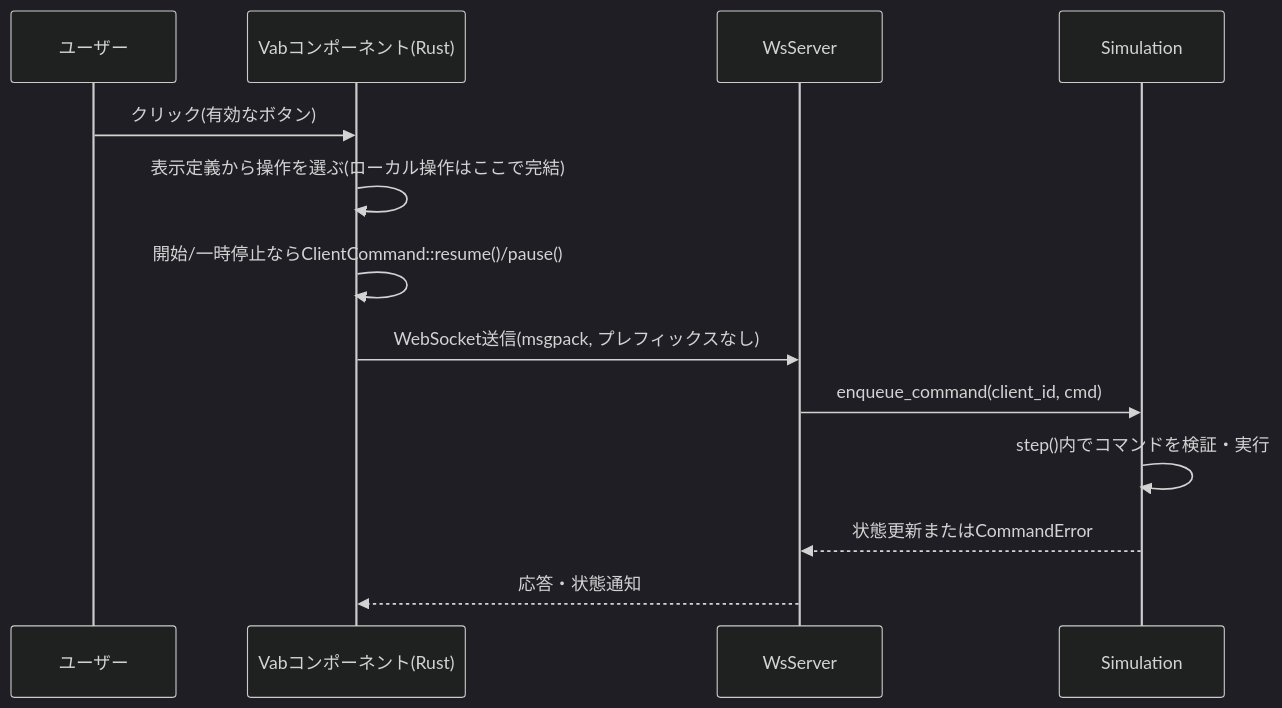
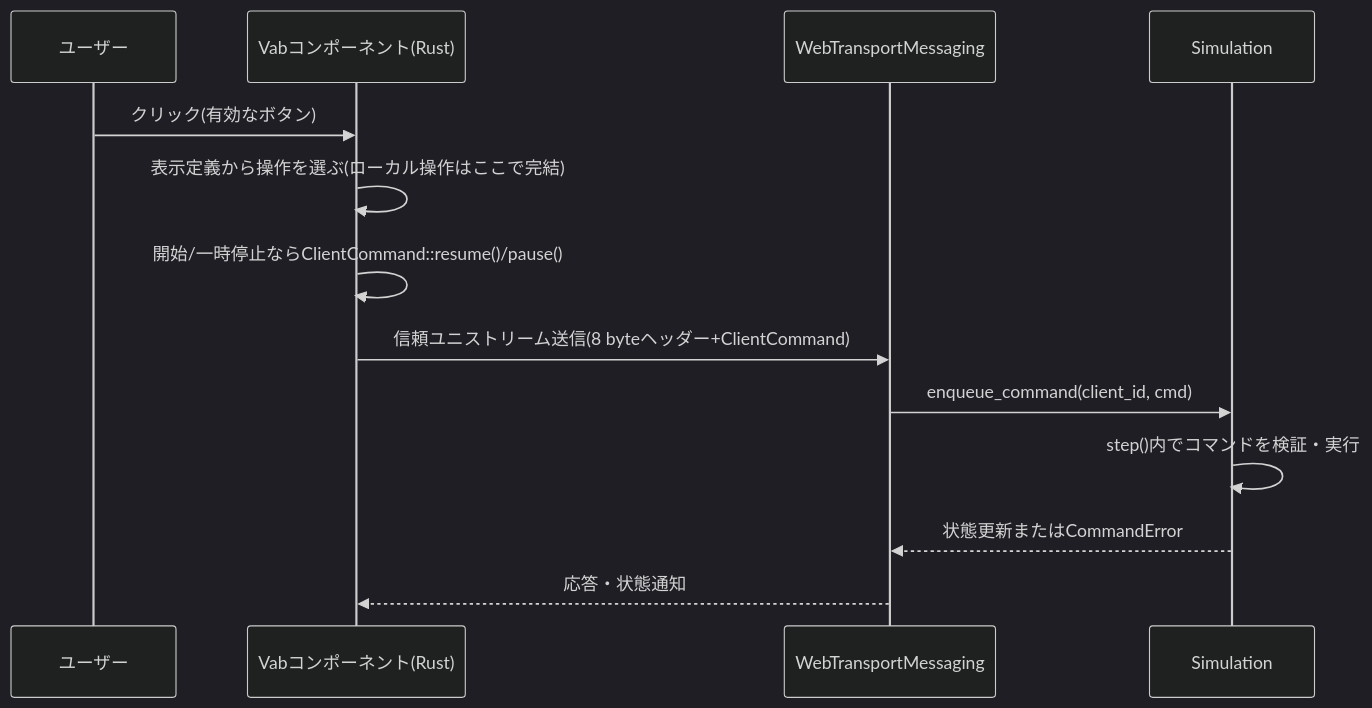
One commit to ham1a6/SimulationView changed the fifth of 11 diagrams in sample/docs/DETAILED_DESIGN.md. Above: the diagram before and after it, drawn with Mermaid (dark theme). The commit also changed other lines of this file and 25 other files, not shown here.

````diff
--- a/sample/docs/DETAILED_DESIGN.md
+++ b/sample/docs/DETAILED_DESIGN.md
@@ -316,16 +309,16 @@
 ```mermaid
 sequenceDiagram
     participant U as ユーザー
     participant V as Vabコンポーネント(Rust)
-    participant WS as WsServer
+    participant WT as WebTransportMessaging
     participant Sim as Simulation
 
     U->>V: クリック(有効なボタン)
     V->>V: 表示定義から操作を選ぶ(ローカル操作はここで完結)
     V->>V: 開始/一時停止ならClientCommand::resume()/pause()
-    V->>WS: WebSocket送信(msgpack, プレフィックスなし)
-    WS->>Sim: enqueue_command(client_id, cmd)
+    V->>WT: 信頼ユニストリーム送信(8 byteヘッダー+ClientCommand)
+    WT->>Sim: enqueue_command(client_id, cmd)
     Sim->>Sim: step()内でコマンドを検証・実行
-    Sim-->>WS: 状態更新またはCommandError
-    WS-->>V: 応答・状態通知
+    Sim-->>WT: 状態更新またはCommandError
+    WT-->>V: 応答・状態通知
 ```
````
